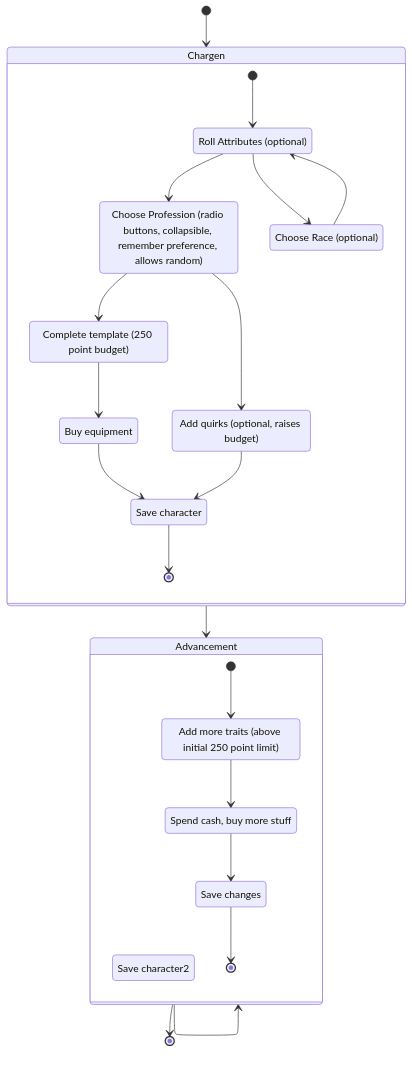
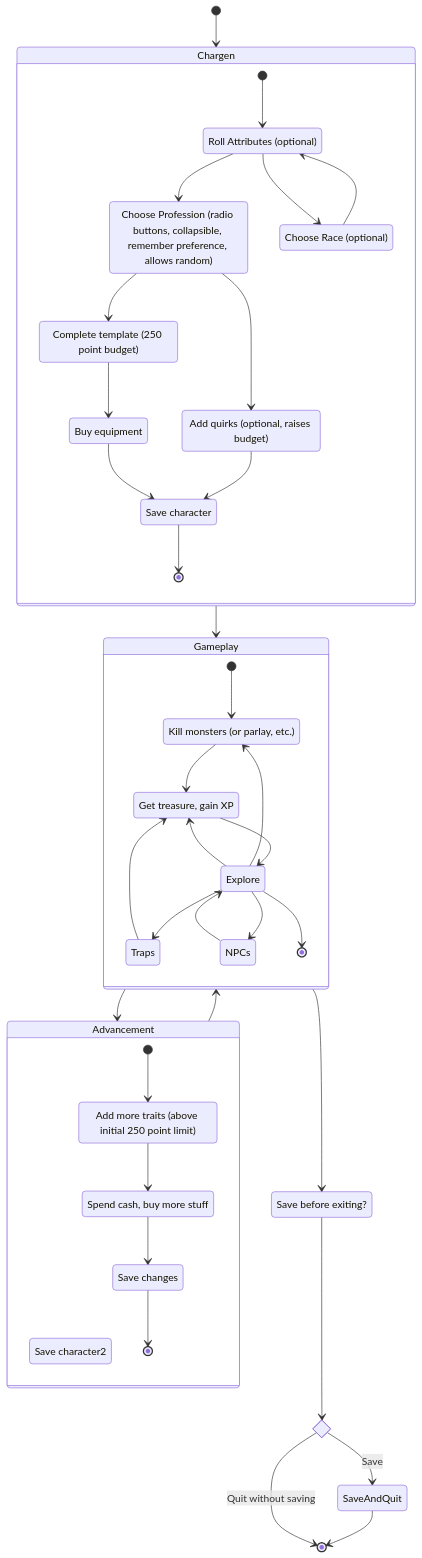
The diagram in docs/DFRPG_Chargen.md (MaxWilson/ShiningSword), drawn with Mermaid before and after one commit.

Commit message:
Refine docs a little

````diff
--- a/docs/DFRPG_Chargen.md
+++ b/docs/DFRPG_Chargen.md
@@ -10,36 +10,57 @@
 ```mermaid
 stateDiagram-v2
     state Chargen {
       [*] --> RollAttributes
       RollAttributes --> ChooseProfession
       RollAttributes --> ChooseRace
       ChooseRace --> RollAttributes
       ChooseProfession --> CompleteTemplate
       ChooseProfession --> AddQuirks
       CompleteTemplate --> BuyEquipment
       BuyEquipment --> Save
       AddQuirks --> Save
       RollAttributes: Roll Attributes (optional)
       ChooseRace: Choose Race (optional)
       ChooseProfession: Choose Profession (radio buttons, collapsible, remember preference, allows random)
       CompleteTemplate: Complete template (250 point budget)
       AddQuirks: Add quirks (optional, raises budget)
       BuyEquipment: Buy equipment
       Save: Save character
       Save --> [*]
       }
+    state Gameplay {
+      [*] --> KillMonsters
+      Explore --> KillMonsters
+      Explore --> Rewards
+      Explore --> Traps
+      Explore --> NPCs
+      NPCs --> Explore
+      Traps --> Rewards
+      KillMonsters --> Rewards
+      Rewards --> Explore
+      Explore --> [*]
+      Rewards: Get treasure, gain XP
+      KillMonsters: Kill monsters (or parlay, etc.)
+      }
     state "Advancement" as Advancement {
       Save2: Save character2
       [*] --> AddToTemplate
       AddToTemplate --> BuyMoreEquipment
       BuyMoreEquipment --> SaveAgain
       SaveAgain --> [*]
       AddToTemplate: Add more traits (above initial 250 point limit)
       SaveAgain: Save changes
       BuyMoreEquipment: Spend cash, buy more stuff
       }
+    SaveOnExit: Save before exiting?
+    state if_SaveGame <<choice>>
     [*] --> Chargen
-    Chargen --> Advancement
-    Advancement --> Advancement
-    Advancement --> [*]
+    Chargen --> Gameplay
+    Gameplay --> SaveOnExit
+    SaveOnExit --> if_SaveGame
+    if_SaveGame --> [*] : Quit without saving
+    if_SaveGame --> SaveAndQuit : Save
+    SaveAndQuit --> [*]
+    Gameplay --> Advancement
+    Advancement --> Gameplay
 ```
````
